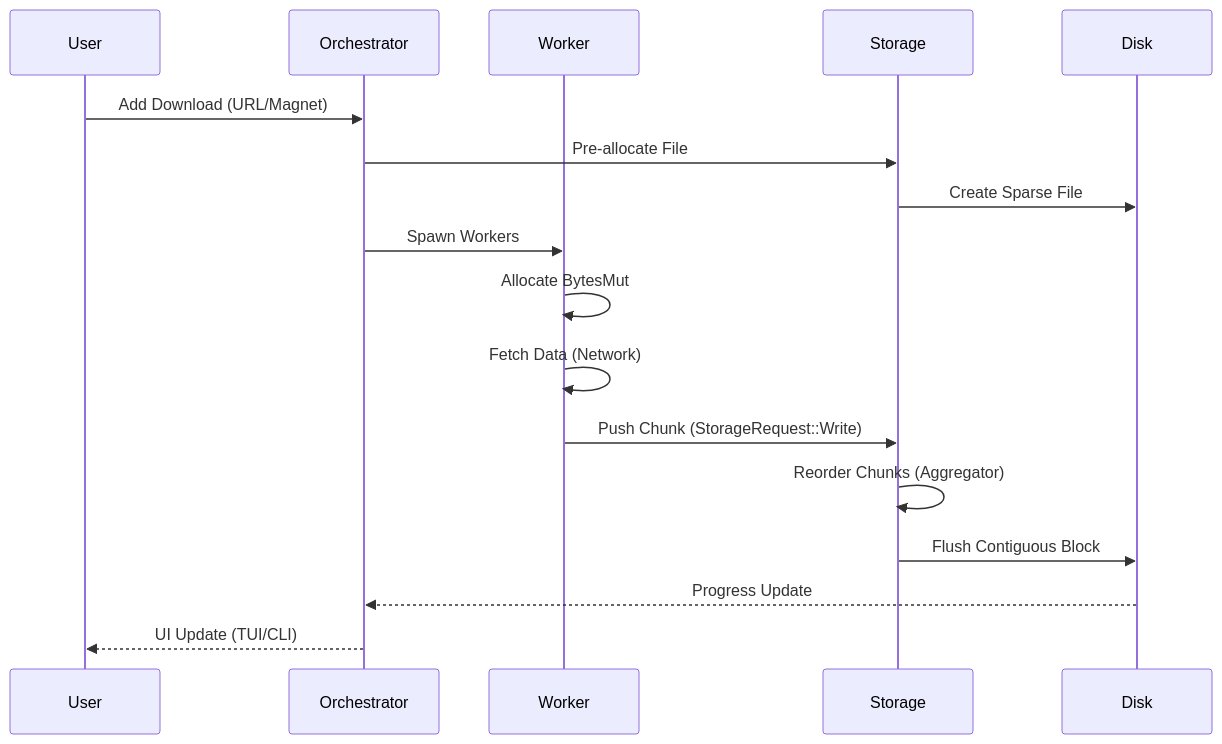
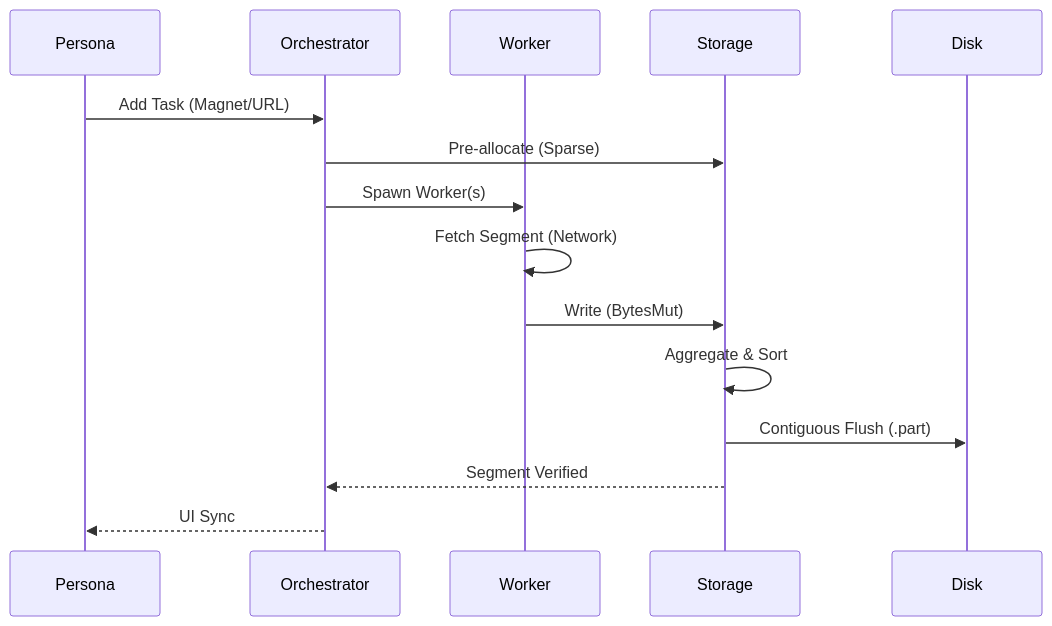
One commit to ronmkr/aura changed the second of 2 diagrams in aura-docs/project/ARCHITECTURE.md. Above: the diagram before and after it, drawn with Mermaid. The commit also changed other lines of this file and 49 other files, not shown here.

First line of the commit message:
docs: sync manual with ADRs 0059-0065 and fix CLI bugs (#277)

````diff
--- a/aura-docs/project/ARCHITECTURE.md
+++ b/aura-docs/project/ARCHITECTURE.md
@@ -106,20 +76,17 @@
 ```mermaid
 sequenceDiagram
-    participant U as User
+    participant P as Persona
     participant O as Orchestrator
     participant W as Worker
     participant S as Storage
     participant D as Disk
-
-    U->>O: Add Download (URL/Magnet)
-    O->>S: Pre-allocate File
-    S->>D: Create Sparse File
-    O->>W: Spawn Workers
-    W->>W: Allocate BytesMut
-    W->>W: Fetch Data (Network)
-    W->>S: Push Chunk (StorageRequest::Write)
-    S->>S: Reorder Chunks (Aggregator)
-    S->>D: Flush Contiguous Block
-    D-->>O: Progress Update
-    O-->>U: UI Update (TUI/CLI)
+    P->>O: Add Task (Magnet/URL)
+    O->>S: Pre-allocate (Sparse)
+    O->>W: Spawn Worker(s)
+    W->>W: Fetch Segment (Network)
+    W->>S: Write (BytesMut)
+    S->>S: Aggregate & Sort
+    S->>D: Contiguous Flush (.part)
+    S-->>O: Segment Verified
+    O-->>P: UI Sync
 ```
````
